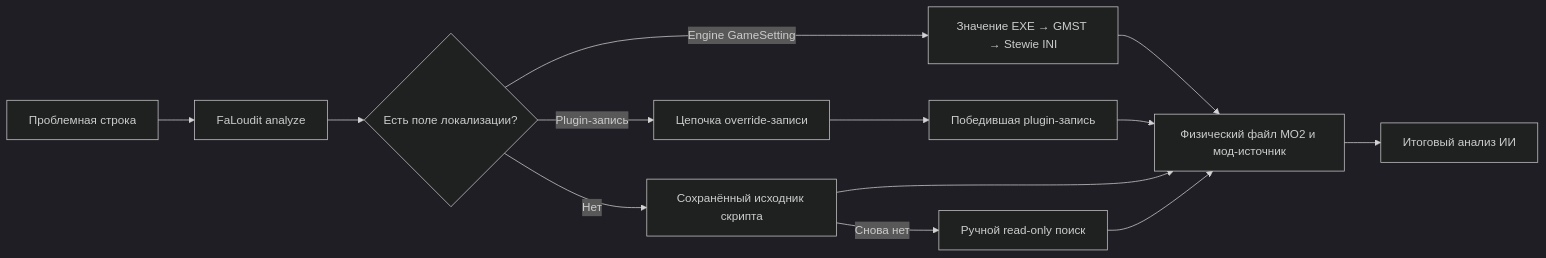
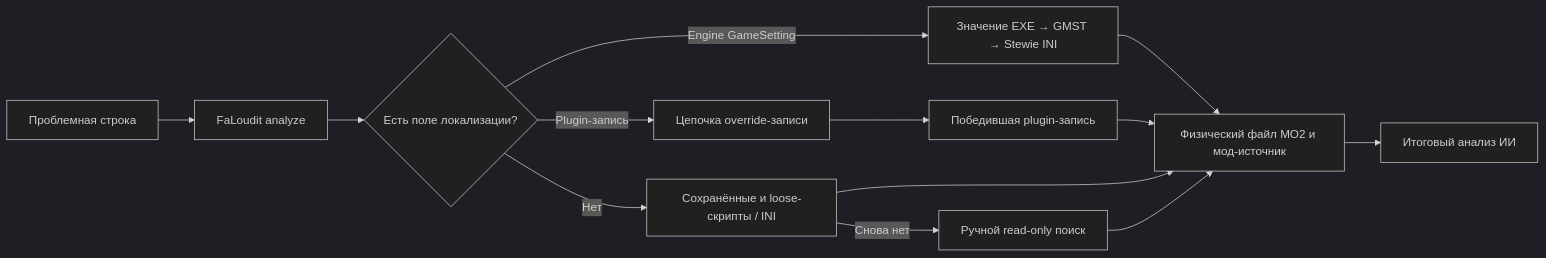
The diagram in README.ru.md (YAMium/FaLoudit), drawn with Mermaid (dark theme) before and after one commit. The commit also changed other lines of this file and 24 other files, not shown here.

Commit message:
feat: index loose scripts and ini values

````diff
--- a/README.ru.md
+++ b/README.ru.md
@@ -58,15 +58,15 @@
 ```mermaid
 flowchart LR
     A[Проблемная строка] --> B[FaLoudit analyze]
     B --> C{Есть поле локализации?}
     C -->|Plugin-запись| D[Цепочка override-записи]
     C -->|Engine GameSetting| J[Значение EXE → GMST → Stewie INI]
-    C -->|Нет| E[Сохранённый исходник скрипта]
+    C -->|Нет| E[Сохранённые и loose-скрипты / INI]
     E -->|Снова нет| F[Ручной read-only поиск]
     D --> G[Победившая plugin-запись]
     J --> H
     G --> H[Физический файл MO2 и мод-источник]
     E --> H
     F --> H
     H --> I[Итоговый анализ ИИ]
 ```
````
